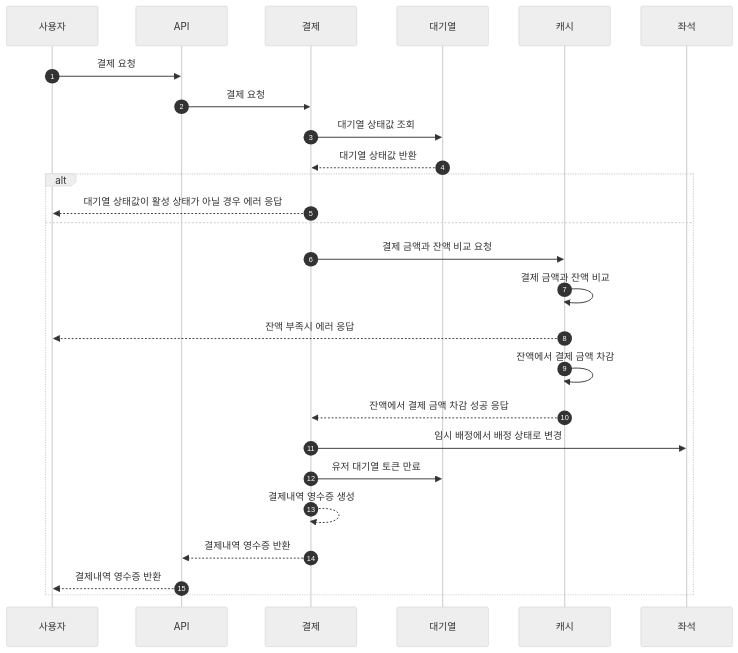
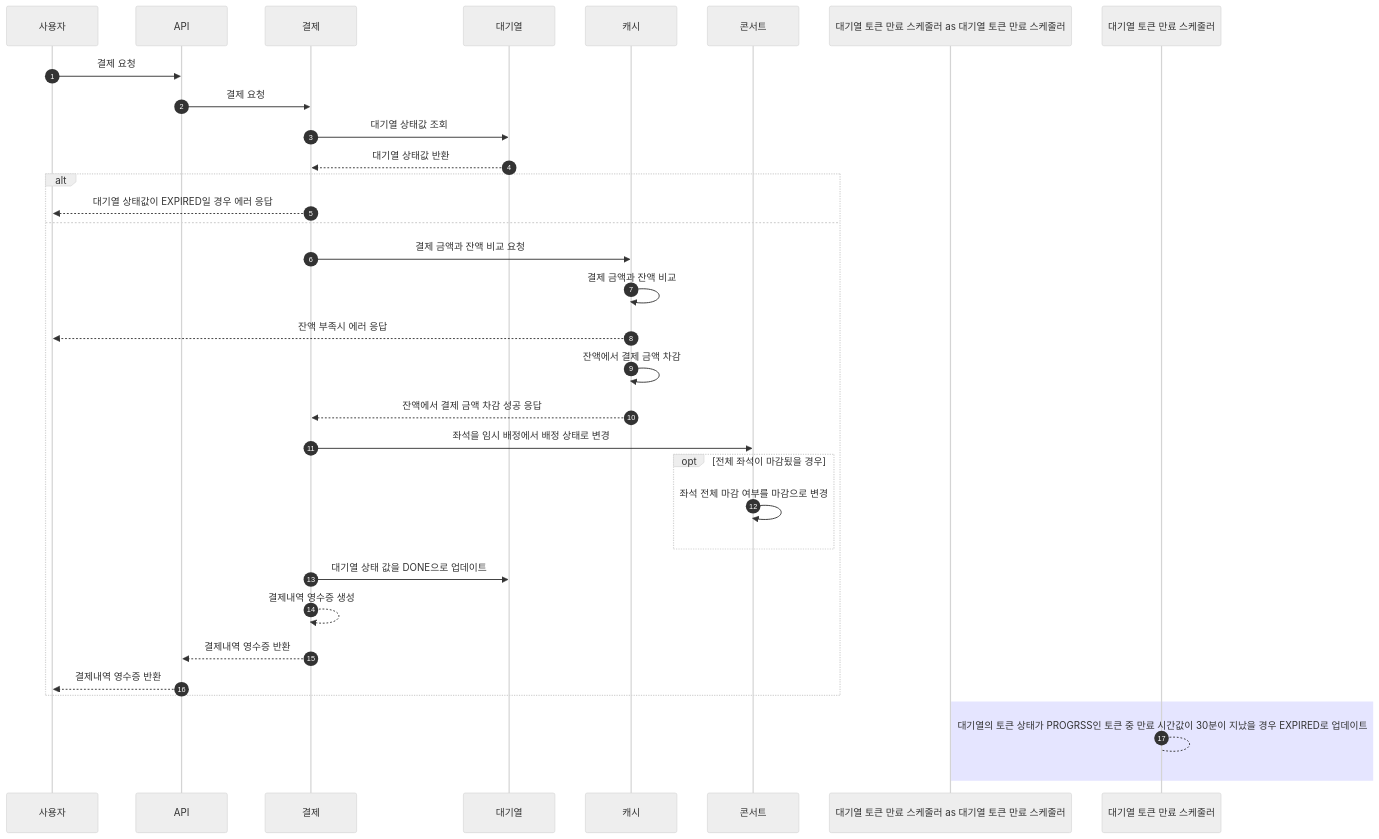
One commit to jikimee64/hhplus-concert changed the seventh of 7 diagrams in docs/sequence.md. Above: the diagram before and after it, drawn with Mermaid (neutral theme). The commit also changed other lines of this file and 83 other files, not shown here.

First line of the commit message:
feat: 콘서트 대기열 서비스 API 구현

````diff
--- a/docs/sequence.md
+++ b/docs/sequence.md
@@ -142,28 +162,35 @@
 ```mermaid
 sequenceDiagram
     autonumber
     participant 사용자 as 사용자
     participant API as API
     participant 결제 as 결제
     participant 대기열 as 대기열
     participant 캐시 as 캐시
-    participant 좌석 as 좌석
+    participant 콘서트 as 콘서트
+    participant 대기열 토큰 만료 스케줄러 as 대기열 토큰 만료 스케줄러
     사용자 ->> API: 결제 요청
     API ->> 결제: 결제 요청
     결제 ->> 대기열: 대기열 상태값 조회
     대기열 -->> 결제: 대기열 상태값 반환
     alt
-        결제 -->> 사용자: 대기열 상태값이 활성 상태가 아닐 경우 에러 응답
+        결제 -->> 사용자: 대기열 상태값이 EXPIRED일 경우 에러 응답
     else
         결제 ->> 캐시: 결제 금액과 잔액 비교 요청
         캐시 ->> 캐시: 결제 금액과 잔액 비교
         캐시 -->> 사용자: 잔액 부족시 에러 응답
         캐시 ->> 캐시: 잔액에서 결제 금액 차감
         캐시 -->> 결제: 잔액에서 결제 금액 차감 성공 응답
-        결제 ->> 좌석: 임시 배정에서 배정 상태로 변경
-        결제 ->> 대기열: 유저 대기열 토큰 만료
+        결제 ->> 콘서트: 좌석을 임시 배정에서 배정 상태로 변경
+        opt 전체 좌석이 마감됬을 경우
+            콘서트 ->> 콘서트: 좌석 전체 마감 여부를 마감으로 변경 
+        end
+        결제 ->> 대기열: 대기열 상태 값을 DONE으로 업데이트
         결제 -->> 결제: 결제내역 영수증 생성
         결제 -->> API: 결제내역 영수증 반환
         API -->> 사용자: 결제내역 영수증 반환
     end
+    rect rgba(0, 0, 255, .1)
+        대기열 토큰 만료 스케줄러 --> 대기열 토큰 만료 스케줄러: 대기열의 토큰 상태가 PROGRSS인 토큰 중 만료 시간값이 30분이 지났을 경우 EXPIRED로 업데이트
+    end
 ```
````
